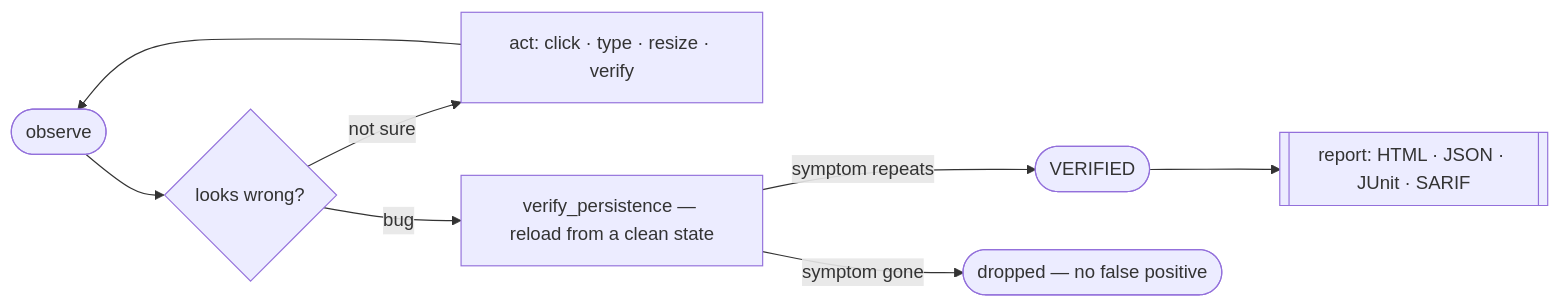
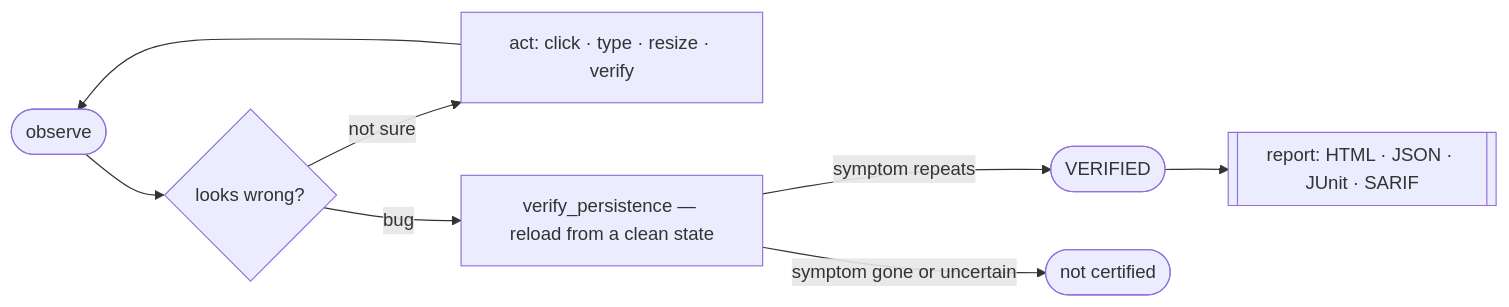
The diagram in README.md (chriswu727/argus), drawn with Mermaid before and after one commit. The commit also changed other lines of this file and 129 other files, not shown here.

````diff
--- a/README.md
+++ b/README.md
@@ -40,10 +40,10 @@
 ```mermaid
 flowchart LR
     A(["observe"]) --> B{"looks wrong?"}
     B -->|not sure| C["act: click · type · resize · verify"]
     C --> A
     B -->|bug| D["verify_persistence — reload from a clean state"]
     D -->|symptom repeats| E(["VERIFIED"])
-    D -->|symptom gone| F(["dropped — no false positive"])
+    D -->|symptom gone or uncertain| F(["not certified"])
     E --> G[["report: HTML · JSON · JUnit · SARIF"]]
 ```
````
